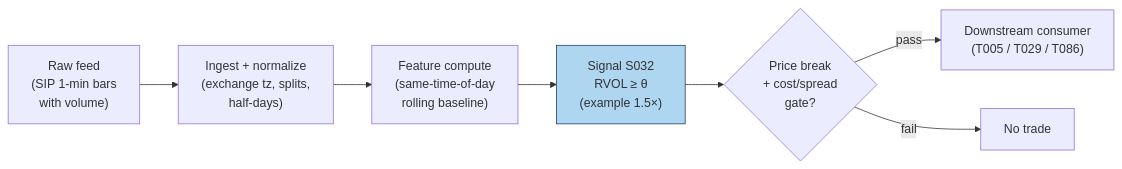
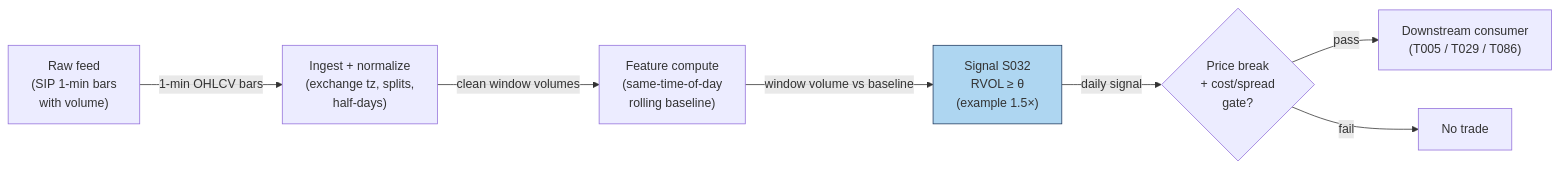
One commit to praveenguptahcl/quant-signals-deep changed the diagram in batches/SB2/S032.md. Above: the diagram before and after it, drawn with Mermaid. The commit also changed other lines of this file and 22 other files, not shown here.

````diff
--- a/batches/SB2/S032.md
+++ b/batches/SB2/S032.md
@@ -170,10 +172,10 @@
 ```mermaid
 flowchart LR
-    FEED["Raw feed\n(SIP 1-min bars\nwith volume)"] --> ING["Ingest + normalize\n(exchange tz, splits,\nhalf-days)"]
-    ING --> FEAT["Feature compute\n(same-time-of-day\nrolling baseline)"]
-    FEAT --> SIG["Signal S032\nRVOL ≥ θ\n(example 1.5×)"]
-    SIG --> GATE{"Price break\n+ cost/spread\ngate?"}
+    FEED["Raw feed\n(SIP 1-min bars\nwith volume)"] -->|"1-min OHLCV bars"| ING["Ingest + normalize\n(exchange tz, splits,\nhalf-days)"]
+    ING -->|"clean window volumes"| FEAT["Feature compute\n(same-time-of-day\nrolling baseline)"]
+    FEAT -->|"window volume vs baseline"| SIG["Signal S032\nRVOL ≥ θ\n(example 1.5×)"]
+    SIG -->|"daily signal"| GATE{"Price break\n+ cost/spread\ngate?"}
     GATE -->|pass| OUT["Downstream consumer\n(T005 / T029 / T086)"]
     GATE -->|fail| DROP["No trade"]
     style SIG fill:#aed6f1,stroke:#1f3a5f
 ```
````
